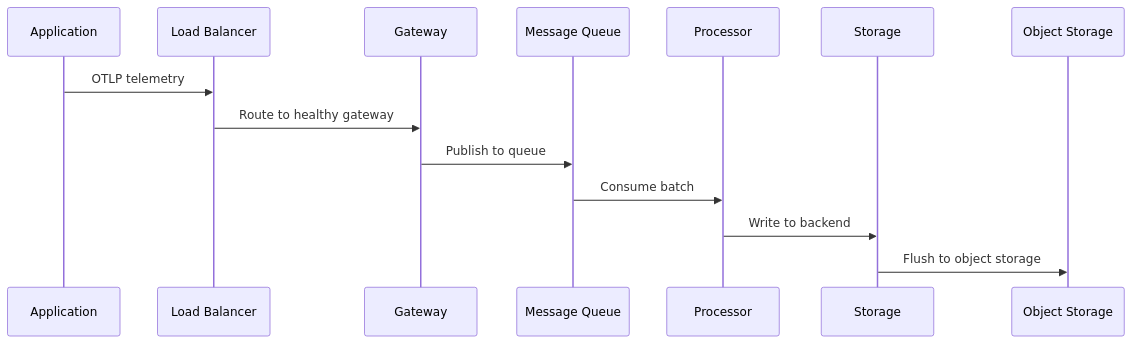
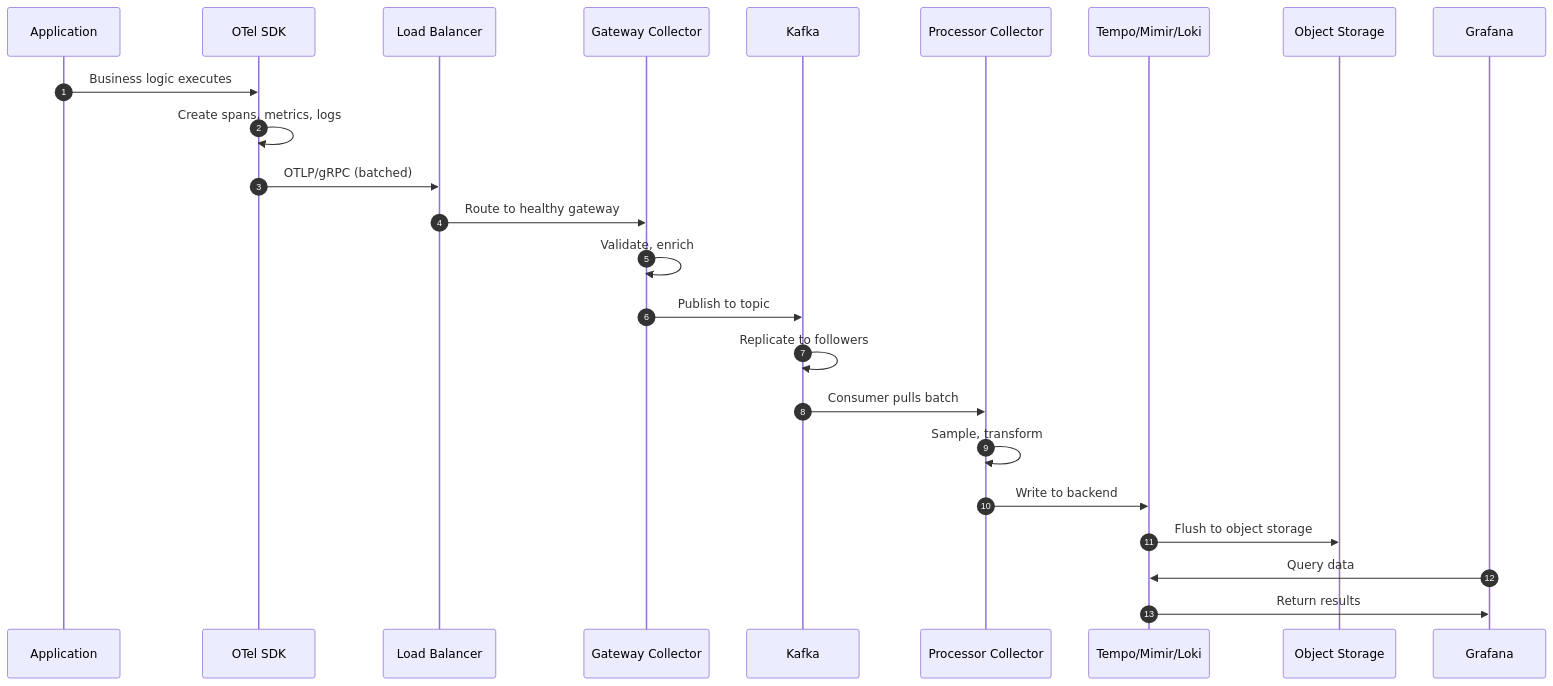
Diagram 13 of 14 in docs/scalable/architecture.md (shivam-g-mishra/opensource-otel-setup), drawn with Mermaid before and after one commit. The commit also changed other lines of this file, not shown here.

First line of the commit message:
docs: expand architecture document with comprehensive technology details

````diff
--- a/docs/scalable/architecture.md
+++ b/docs/scalable/architecture.md
@@ -237,17 +1122,27 @@
 ```mermaid
 sequenceDiagram
+    autonumber
     participant App as Application
+    participant SDK as OTel SDK
     participant LB as Load Balancer
-    participant GW as Gateway
-    participant MQ as Message Queue
-    participant Proc as Processor
-    participant Store as Storage
+    participant GW as Gateway Collector
+    participant K as Kafka
+    participant Proc as Processor Collector
+    participant Store as Tempo/Mimir/Loki
     participant S3 as Object Storage
+    participant G as Grafana
     
-    App->>LB: OTLP telemetry
+    App->>SDK: Business logic executes
+    SDK->>SDK: Create spans, metrics, logs
+    SDK->>LB: OTLP/gRPC (batched)
     LB->>GW: Route to healthy gateway
-    GW->>MQ: Publish to queue
-    MQ->>Proc: Consume batch
+    GW->>GW: Validate, enrich
+    GW->>K: Publish to topic
+    K->>K: Replicate to followers
+    K->>Proc: Consumer pulls batch
+    Proc->>Proc: Sample, transform
     Proc->>Store: Write to backend
     Store->>S3: Flush to object storage
+    G->>Store: Query data
+    Store->>G: Return results
 ```
````
